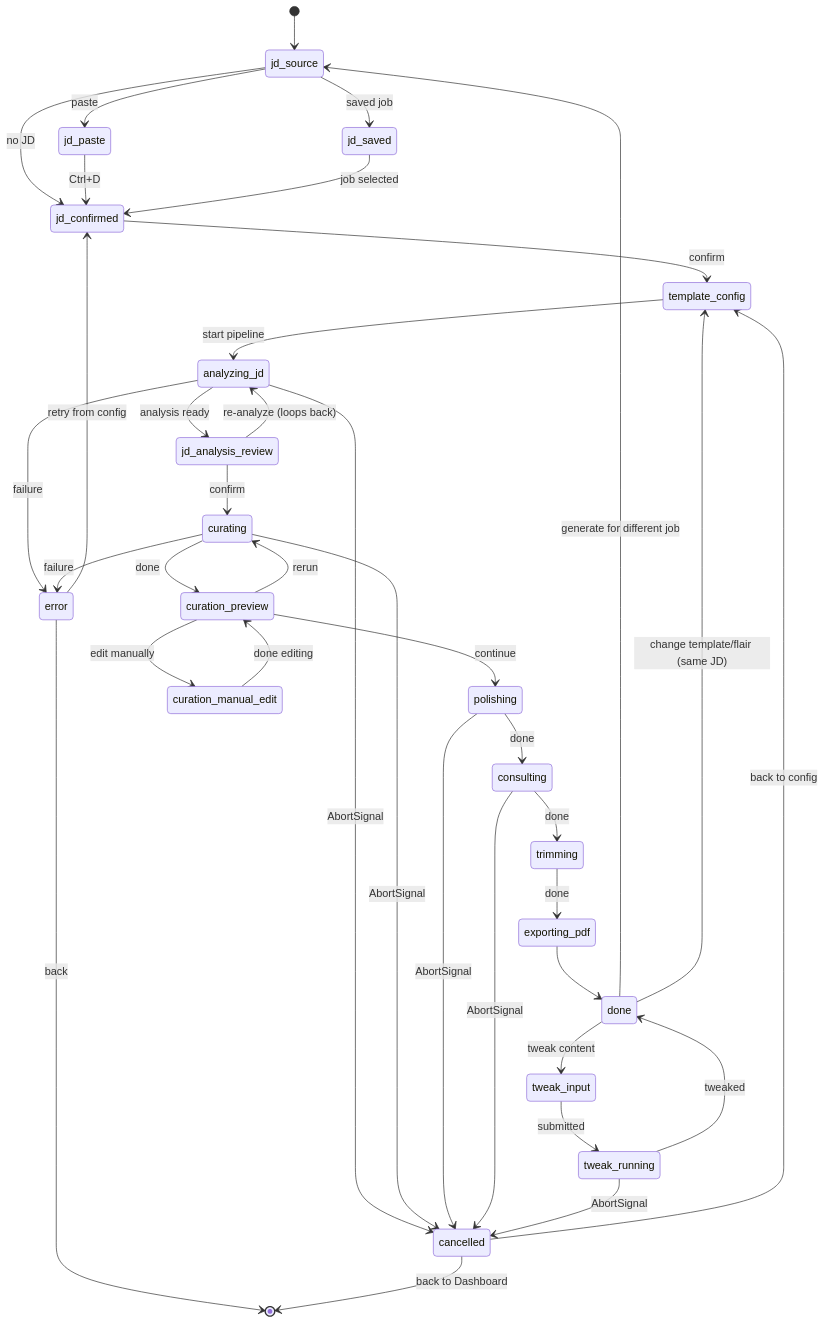
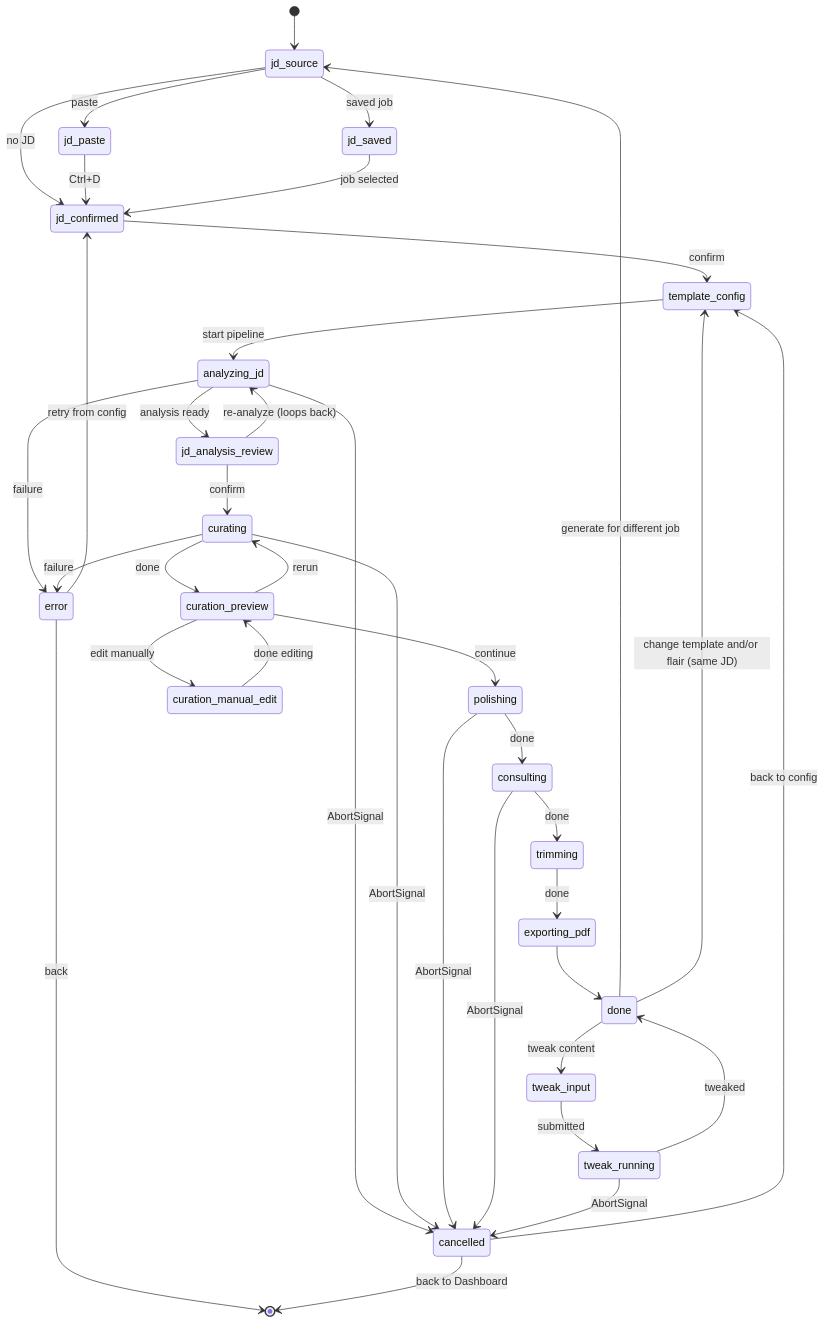
Before and after one commit to impressiver/suited: the third of 3 diagrams in specs/tui-state-machines.md, drawn with Mermaid. The commit also changed other lines of this file and 38 other files, not shown here.

First line of the commit message:
specs: Curate screen, template/flair, review fixes; pinned job render

````diff
--- a/specs/tui-state-machines.md
+++ b/specs/tui-state-machines.md
@@ -87,47 +89,47 @@
 ```mermaid
 stateDiagram-v2
   [*] --> jd_source
 
   jd_source --> jd_paste : paste
   jd_source --> jd_saved : saved job
   jd_source --> jd_confirmed : no JD
   jd_paste --> jd_confirmed : Ctrl+D
   jd_saved --> jd_confirmed : job selected
   jd_confirmed --> template_config : confirm
 
   template_config --> analyzing_jd : start pipeline
 
   analyzing_jd --> jd_analysis_review : analysis ready
   jd_analysis_review --> curating : confirm
   jd_analysis_review --> analyzing_jd : re-analyze (loops back)
 
   curating --> curation_preview : done
   curation_preview --> polishing : continue
   curation_preview --> curating : rerun
   curation_preview --> curation_manual_edit : edit manually
   curation_manual_edit --> curation_preview : done editing
 
   polishing --> consulting : done
   consulting --> trimming : done
   trimming --> exporting_pdf : done
   exporting_pdf --> done
 
   done --> jd_source : generate for different job
-  done --> template_config : change template/flair (same JD)
+  done --> template_config : change template and/or flair (same JD)
   done --> tweak_input : tweak content
   tweak_input --> tweak_running : submitted
   tweak_running --> done : tweaked
 
   analyzing_jd --> error : failure
   analyzing_jd --> cancelled : AbortSignal
   curating --> error : failure
   curating --> cancelled : AbortSignal
   polishing --> cancelled : AbortSignal
   consulting --> cancelled : AbortSignal
   tweak_running --> cancelled : AbortSignal
 
   error --> jd_confirmed : retry from config
   error --> [*] : back
   cancelled --> template_config : back to config
   cancelled --> [*] : back to Dashboard
 ```
````
